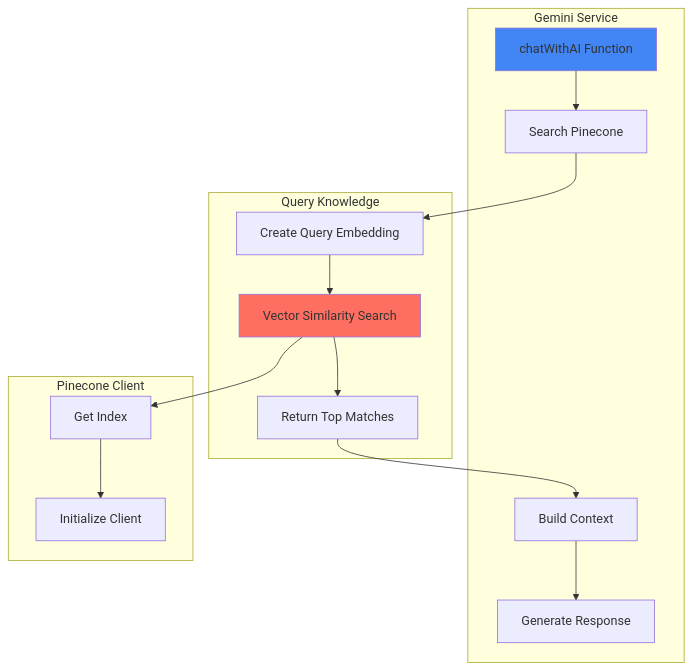
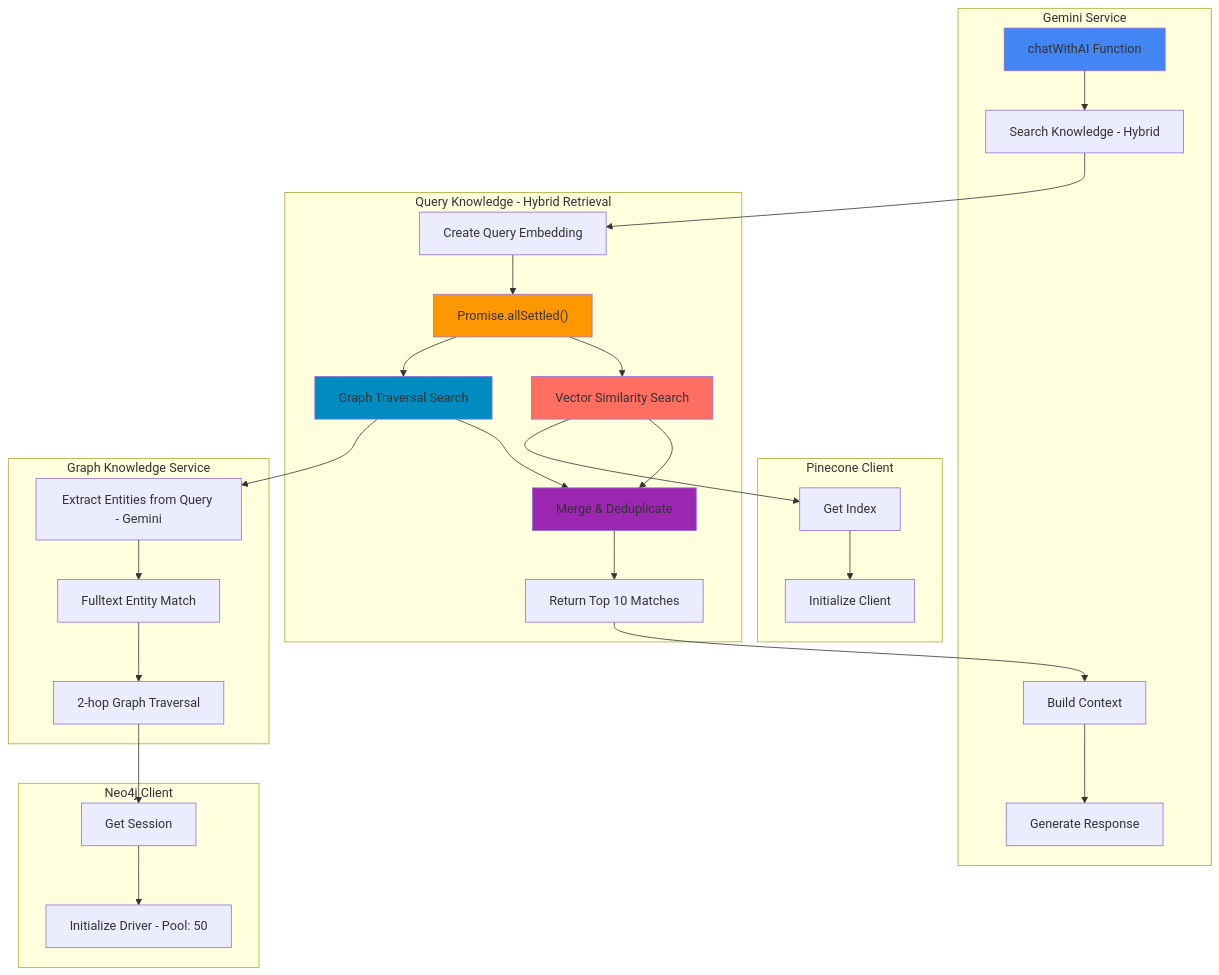
The eighth of 43 diagrams in ARCHITECTURE.md (hoangsonww/AI-RAG-Assistant-Chatbot), drawn with Mermaid before and after one commit. The commit also changed other lines of this file and 32 other files, not shown here.

First line of the commit message:
feat(rag): add hybrid Pinecone+Neo4j retrieval, graph ingestion, and CLI graph management

````diff
--- a/ARCHITECTURE.md
+++ b/ARCHITECTURE.md
@@ -411,33 +423,60 @@
 ```mermaid
 graph TD
     subgraph "Gemini Service"
         ChatWithAI[chatWithAI Function]
-        SearchKnowledge[Search Pinecone]
+        SearchKnowledge[Search Knowledge - Hybrid]
         BuildContext[Build Context]
         GenerateResponse[Generate Response]
     end
 
     subgraph "Pinecone Client"
         InitPinecone[Initialize Client]
         GetIndex[Get Index]
     end
 
-    subgraph "Query Knowledge"
+    subgraph "Neo4j Client"
+        InitNeo4j[Initialize Driver - Pool: 50]
+        GetSession[Get Session]
+    end
+
+    subgraph "Query Knowledge - Hybrid Retrieval"
         CreateEmbedding[Create Query Embedding]
+        ParallelSearch["Promise.allSettled()"]
         VectorSearch[Vector Similarity Search]
-        ReturnMatches[Return Top Matches]
+        GraphSearch[Graph Traversal Search]
+        MergeResults[Merge & Deduplicate]
+        ReturnMatches[Return Top 10 Matches]
+    end
+
+    subgraph "Graph Knowledge Service"
+        ExtractEntities[Extract Entities from Query - Gemini]
+        FulltextMatch[Fulltext Entity Match]
+        GraphTraversal[2-hop Graph Traversal]
     end
 
     ChatWithAI --> SearchKnowledge
     SearchKnowledge --> CreateEmbedding
-    CreateEmbedding --> VectorSearch
-    VectorSearch --> ReturnMatches
+    CreateEmbedding --> ParallelSearch
+    ParallelSearch --> VectorSearch
+    ParallelSearch --> GraphSearch
+    VectorSearch --> MergeResults
+    GraphSearch --> MergeResults
+    MergeResults --> ReturnMatches
     ReturnMatches --> BuildContext
     BuildContext --> GenerateResponse
 
     VectorSearch --> GetIndex
     GetIndex --> InitPinecone
 
+    GraphSearch --> ExtractEntities
+    ExtractEntities --> FulltextMatch
+    FulltextMatch --> GraphTraversal
+    GraphTraversal --> GetSession
+    GetSession --> InitNeo4j
+
     style ChatWithAI fill:#4285F4
     style VectorSearch fill:#FF6F61
+    style GraphSearch fill:#008CC1
+    style ParallelSearch fill:#FF9800
+    style MergeResults fill:#9C27B0
 ```
````
